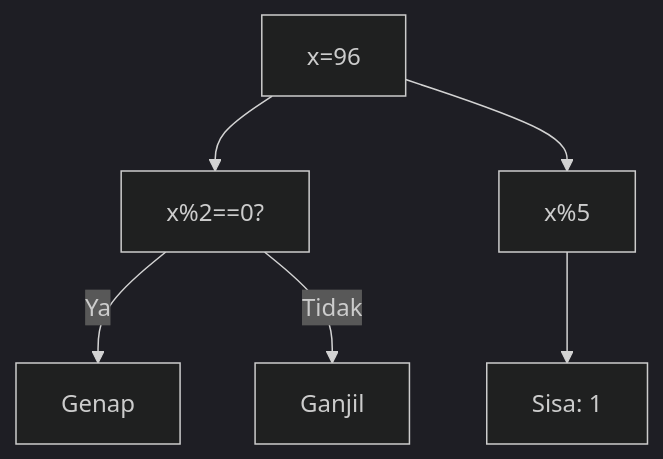
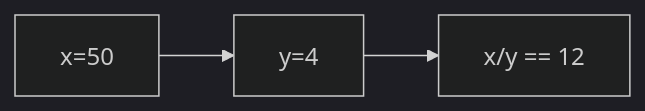
Before and after one commit to amnahwaida/OSNK_INF_PREP: diagram 19 of 25 in part-c-pemahaman-cpp/01-tipe-data/latihan/set-05.md, drawn with Mermaid (dark theme). The commit also changed other lines of this file and 71 other files, not shown here.

````diff
--- a/part-c-pemahaman-cpp/01-tipe-data/latihan/set-05.md
+++ b/part-c-pemahaman-cpp/01-tipe-data/latihan/set-05.md
@@ -596,8 +511,5 @@
 ```mermaid
-graph TD
-A["x=96"] --> B["x%2==0?"]
-B -- Ya --> C["Genap"]
-B -- Tidak --> D["Ganjil"]
-A --> E["x%5"]
-E --> F["Sisa: 1"]
+graph LR
+A["x=50"] --> B["y=4"]
+B --> C["x/y == 12"]
 ```
````
